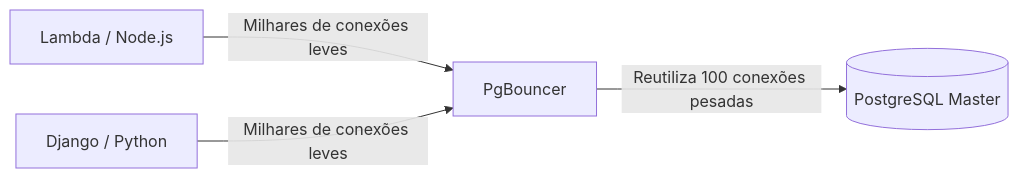
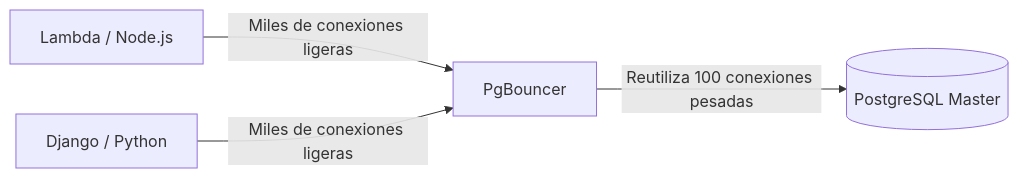
The first of 2 diagrams in public/docs/pt/postgres_maestro.md (gjpierp/nmergeia), drawn with Mermaid before and after one commit. The commit also changed other lines of this file and 518 other files, not shown here.

````diff
--- a/public/docs/pt/postgres_maestro.md
+++ b/public/docs/pt/postgres_maestro.md
@@ -13,7 +13,7 @@
 ```mermaid
 graph LR
-    API1[Lambda / Node.js] -->|Milhares de conexões leves| PgBouncer[PgBouncer]
-    API2[Django / Python] -->|Milhares de conexões leves| PgBouncer
+    API1[Lambda / Node.js] -->|Miles de conexiones ligeras| PgBouncer[PgBouncer]
+    API2[Django / Python] -->|Miles de conexiones ligeras| PgBouncer
     
-    PgBouncer -->|Reutiliza 100 conexões pesadas| DB[(PostgreSQL Master)]
+    PgBouncer -->|Reutiliza 100 conexiones pesadas| DB[(PostgreSQL Master)]
 ```
````
